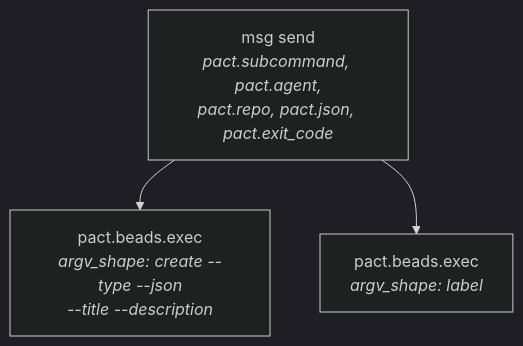
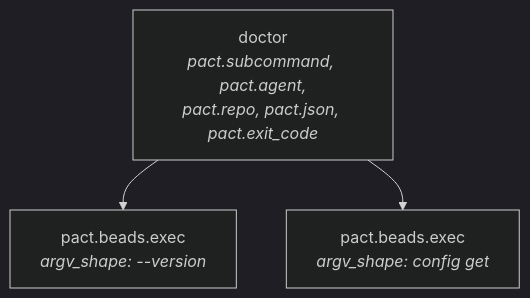
One commit to chussenot/pact changed the diagram in docs/telemetry.md. Above: the diagram before and after it, drawn with Mermaid (dark theme). The commit also changed other lines of this file and 20 other files, not shown here.

````diff
--- a/docs/telemetry.md
+++ b/docs/telemetry.md
@@ -90,8 +95,8 @@
 ```mermaid
 graph TD
-    R["msg send<br/><i>pact.subcommand, pact.agent,<br/>pact.repo, pact.json, pact.exit_code</i>"]
-    B1["pact.beads.exec<br/><i>argv_shape: create --type --json<br/>--title --description</i>"]
-    B2["pact.beads.exec<br/><i>argv_shape: label</i>"]
+    R["doctor<br/><i>pact.subcommand, pact.agent,<br/>pact.repo, pact.json, pact.exit_code</i>"]
+    B1["pact.beads.exec<br/><i>argv_shape: --version</i>"]
+    B2["pact.beads.exec<br/><i>argv_shape: config get</i>"]
     R --> B1
     R --> B2
 ```
````
